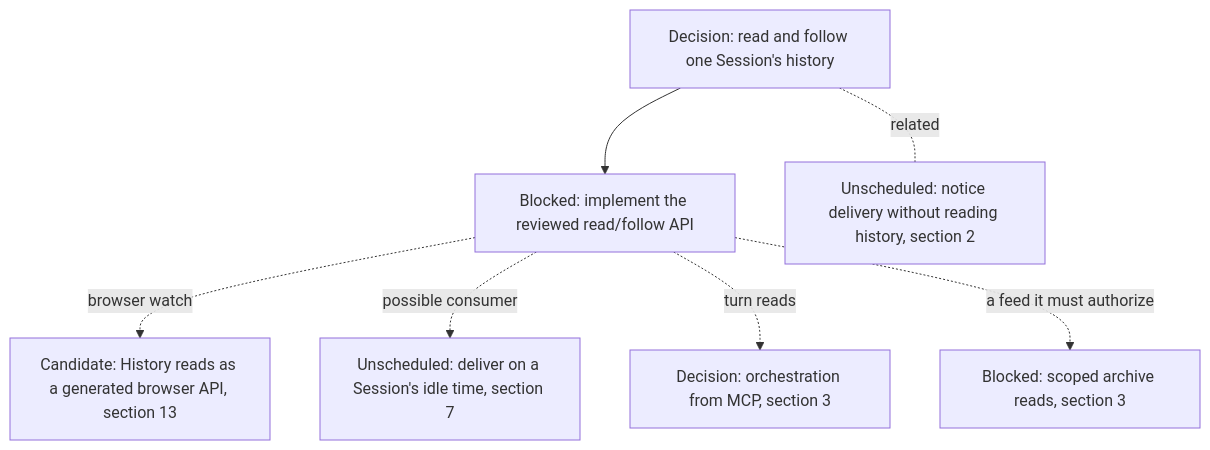
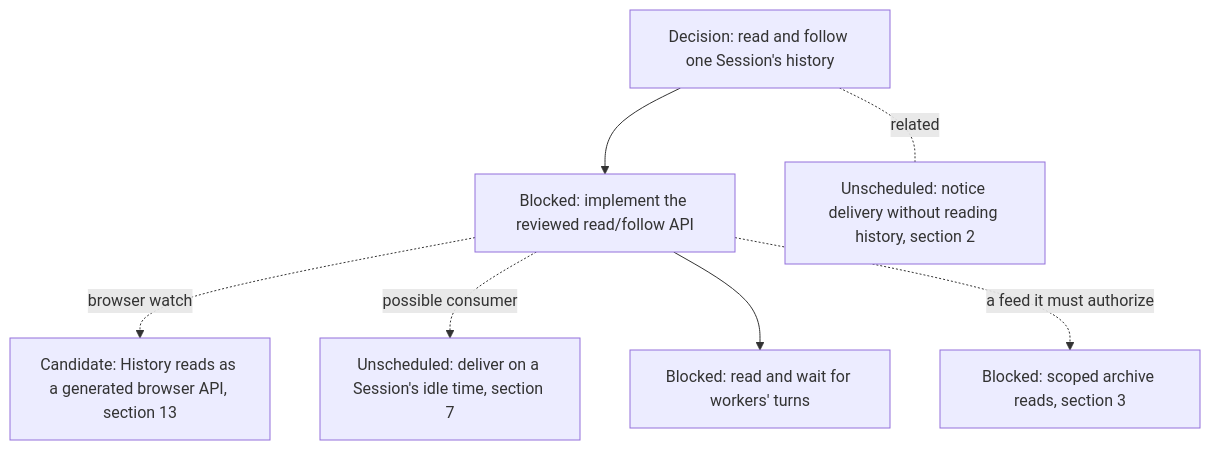
Before and after one commit to agentydragon-agent/ducktape: diagram 15 of 19 in agentplane/plans/task_dag.md, drawn with Mermaid. The commit also changed other lines of this file and 4 other files, not shown here.

````diff
--- a/agentplane/plans/task_dag.md
+++ b/agentplane/plans/task_dag.md
@@ -1461,15 +1468,15 @@
 ```mermaid
 flowchart TD
     HISTORY_READ_FOLLOW_DESIGN[Decision: read and follow one Session's history]
     HISTORY_READ_FOLLOW_API[Blocked: implement the reviewed read/follow API]
     HISTORY_READS_FACADE[Candidate: History reads as a generated browser API, section 13]
     SESSION_ACTIVITY_STREAM[Unscheduled: deliver on a Session's idle time, section 7]
     NOTIFICATION_COMMAND_OUTCOME_DESIGN[Unscheduled: notice delivery without reading history, section 2]
     THREAD_READ_POLICY[Blocked: scoped archive reads, section 3]
     HISTORY_READ_FOLLOW_DESIGN --> HISTORY_READ_FOLLOW_API
     HISTORY_READ_FOLLOW_API -. browser watch .-> HISTORY_READS_FACADE
     HISTORY_READ_FOLLOW_API -. possible consumer .-> SESSION_ACTIVITY_STREAM
-    HISTORY_READ_FOLLOW_API -. turn reads .-> MCP_ORCHESTRATION_DESIGN[Decision: orchestration from MCP, section 3]
+    HISTORY_READ_FOLLOW_API --> ORCHESTRATION_V1_TURN_READS[Blocked: read and wait for workers' turns]
     HISTORY_READ_FOLLOW_DESIGN -. related .- NOTIFICATION_COMMAND_OUTCOME_DESIGN
     HISTORY_READ_FOLLOW_API -. a feed it must authorize .-> THREAD_READ_POLICY
 ```
````
